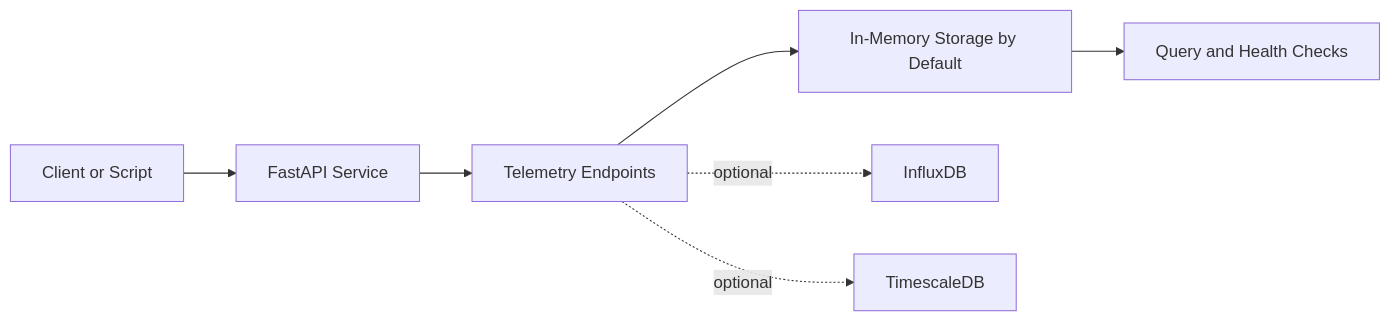
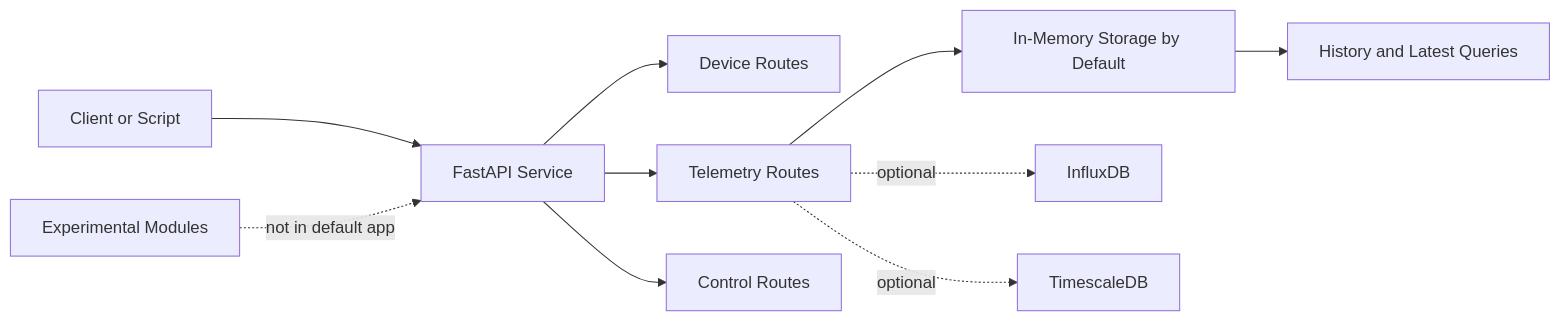
The diagram in README.md (iceccarelli/GridOS), drawn with Mermaid before and after one commit. The commit also changed other lines of this file, not shown here.

````diff
--- a/README.md
+++ b/README.md
@@ -44,9 +39,12 @@
 ```mermaid
 flowchart LR
     A[Client or Script] --> B[FastAPI Service]
-    B --> C[Telemetry Endpoints]
-    C --> D[In-Memory Storage by Default]
-    D --> E[Query and Health Checks]
-    C -. optional .-> F[InfluxDB]
-    C -. optional .-> G[TimescaleDB]
+    B --> C[Device Routes]
+    B --> D[Telemetry Routes]
+    B --> E[Control Routes]
+    D --> F[In-Memory Storage by Default]
+    F --> G[History and Latest Queries]
+    D -. optional .-> H[InfluxDB]
+    D -. optional .-> I[TimescaleDB]
+    J[Experimental Modules] -. not in default app .-> B
 ```
````
